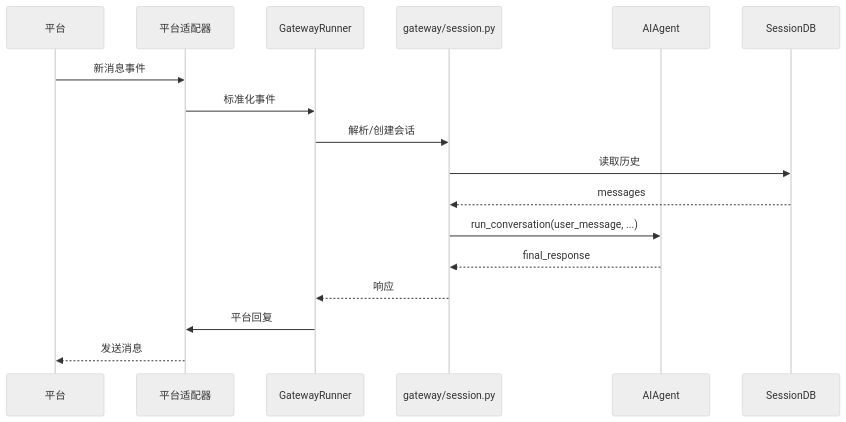
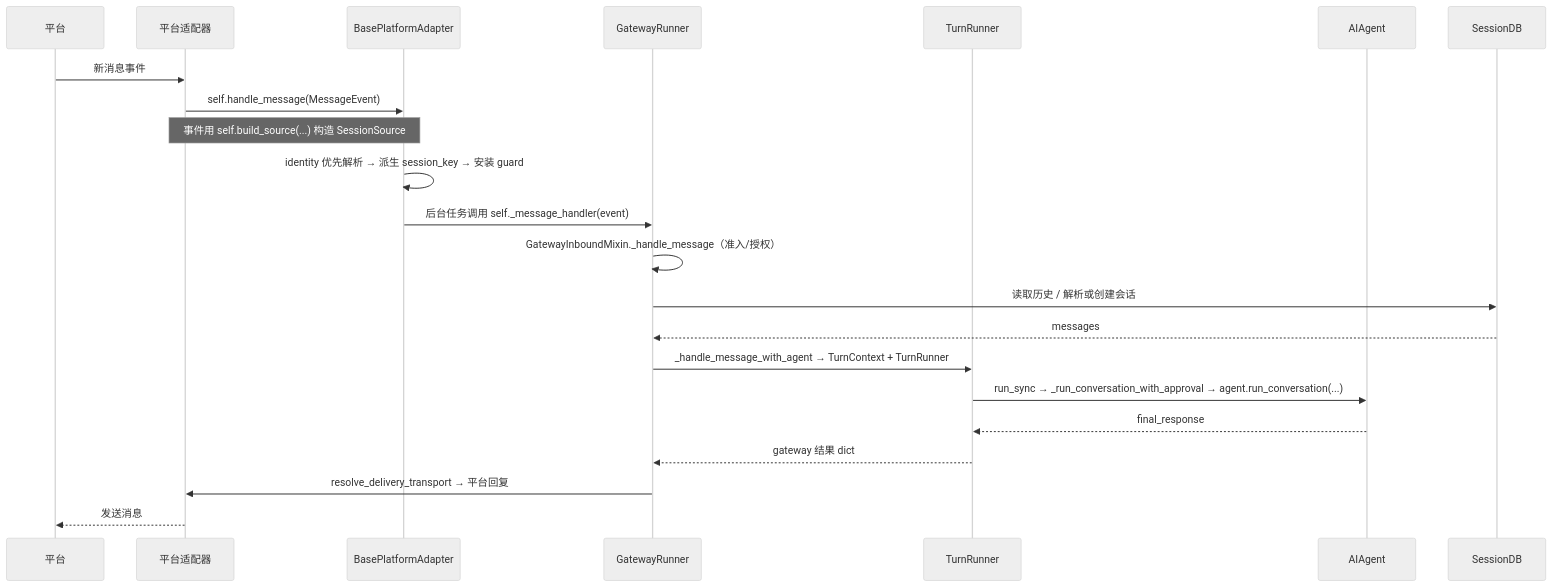
One commit to adrian9778/hermes-agent changed the second of 4 diagrams in docs/sourceReader/05-消息网关与平台适配.md. Above: the diagram before and after it, drawn with Mermaid (neutral theme). The commit also changed other lines of this file and 22 other files, not shown here.

````diff
--- a/docs/sourceReader/05-消息网关与平台适配.md
+++ b/docs/sourceReader/05-消息网关与平台适配.md
@@ -56,20 +111,25 @@
 ```mermaid
 sequenceDiagram
     participant P as 平台
     participant AD as 平台适配器
+    participant BASE as BasePlatformAdapter
     participant GW as GatewayRunner
-    participant SESS as gateway/session.py
+    participant TR as TurnRunner
     participant AG as AIAgent
     participant DB as SessionDB
 
     P->>AD: 新消息事件
-    AD->>GW: 标准化事件
-    GW->>SESS: 解析/创建会话
-    SESS->>DB: 读取历史
-    DB-->>SESS: messages
-    SESS->>AG: run_conversation(user_message, ...)
-    AG-->>SESS: final_response
-    SESS-->>GW: 响应
-    GW->>AD: 平台回复
+    AD->>BASE: self.handle_message(MessageEvent)
+    Note over AD,BASE: 事件用 self.build_source(...) 构造 SessionSource
+    BASE->>BASE: identity 优先解析 → 派生 session_key → 安装 guard
+    BASE->>GW: 后台任务调用 self._message_handler(event)
+    GW->>GW: GatewayInboundMixin._handle_message（准入/授权）
+    GW->>DB: 读取历史 / 解析或创建会话
+    DB-->>GW: messages
+    GW->>TR: _handle_message_with_agent → TurnContext + TurnRunner
+    TR->>AG: run_sync → _run_conversation_with_approval → agent.run_conversation(...)
+    AG-->>TR: final_response
+    TR-->>GW: gateway 结果 dict
+    GW->>AD: resolve_delivery_transport → 平台回复
     AD-->>P: 发送消息
 ```
````
